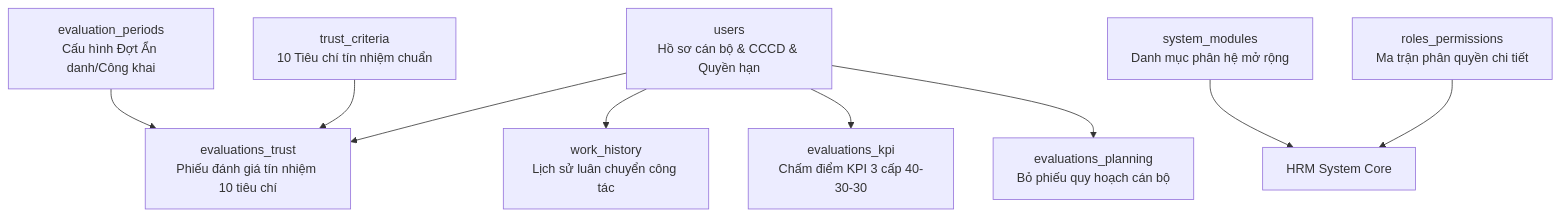
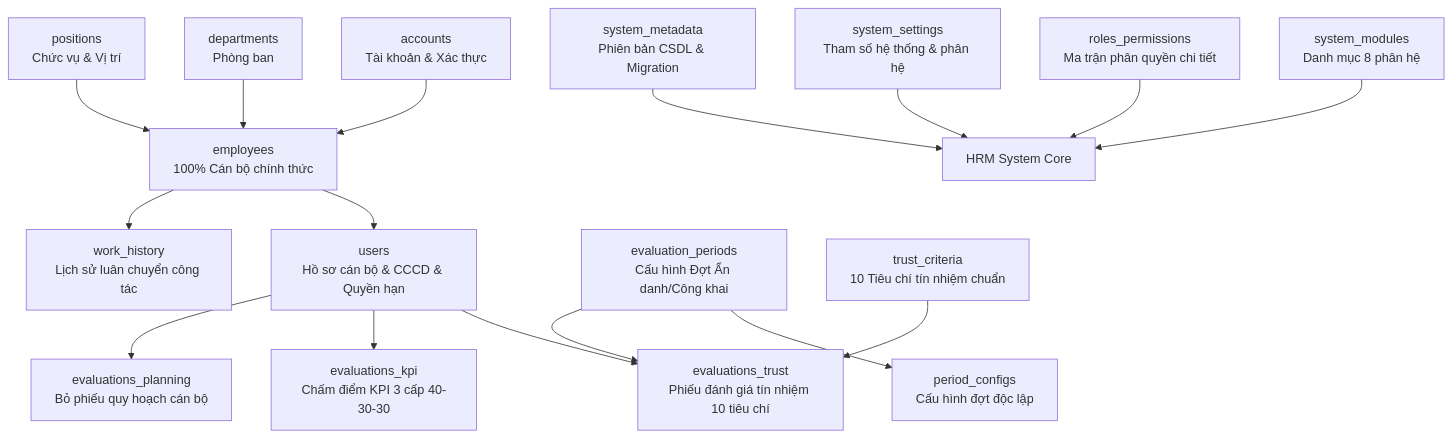
The diagram in docs/HUONG_DAN_KET_NOI_FIREBASE.md (ducanht/QtdYenTho-HRM), drawn with Mermaid before and after one commit. The commit also changed other lines of this file and 5 other files, not shown here.

````diff
--- a/docs/HUONG_DAN_KET_NOI_FIREBASE.md
+++ b/docs/HUONG_DAN_KET_NOI_FIREBASE.md
@@ -27,11 +27,18 @@
 ```mermaid
 graph TD
-    A[evaluation_periods<br/>Cấu hình Đợt Ẩn danh/Công khai] --> D[evaluations_trust<br/>Phiếu đánh giá tín nhiệm 10 tiêu chí]
-    B[users<br/>Hồ sơ cán bộ & CCCD & Quyền hạn] --> D
-    B --> E[work_history<br/>Lịch sử luân chuyển công tác]
-    B --> F[evaluations_kpi<br/>Chấm điểm KPI 3 cấp 40-30-30]
-    B --> G[evaluations_planning<br/>Bỏ phiếu quy hoạch cán bộ]
-    C[trust_criteria<br/>10 Tiêu chí tín nhiệm chuẩn] --> D
-    H[system_modules<br/>Danh mục phân hệ mở rộng] --> I[HRM System Core]
-    J[roles_permissions<br/>Ma trận phân quyền chi tiết] --> I
+    ACC[accounts<br/>Tài khoản & Xác thực] --> EMP[employees<br/>100% Cán bộ chính thức]
+    EMP --> USR[users<br/>Hồ sơ cán bộ & CCCD & Quyền hạn]
+    EMP --> WH[work_history<br/>Lịch sử luân chuyển công tác]
+    PERIOD[evaluation_periods<br/>Cấu hình Đợt Ẩn danh/Công khai] --> CFG[period_configs<br/>Cấu hình đợt độc lập]
+    PERIOD --> EVAL[evaluations_trust<br/>Phiếu đánh giá tín nhiệm 10 tiêu chí]
+    CRIT[trust_criteria<br/>10 Tiêu chí tín nhiệm chuẩn] --> EVAL
+    USR --> EVAL
+    USR --> KPI[evaluations_kpi<br/>Chấm điểm KPI 3 cấp 40-30-30]
+    USR --> PLAN[evaluations_planning<br/>Bỏ phiếu quy hoạch cán bộ]
+    MOD[system_modules<br/>Danh mục 8 phân hệ] --> CORE[HRM System Core]
+    ROLE[roles_permissions<br/>Ma trận phân quyền chi tiết] --> CORE
+    SETT[system_settings<br/>Tham số hệ thống & phân hệ] --> CORE
+    DEPT[departments<br/>Phòng ban] --> EMP
+    POS[positions<br/>Chức vụ & Vị trí] --> EMP
+    META[system_metadata<br/>Phiên bản CSDL & Migration] --> CORE
 ```
````
